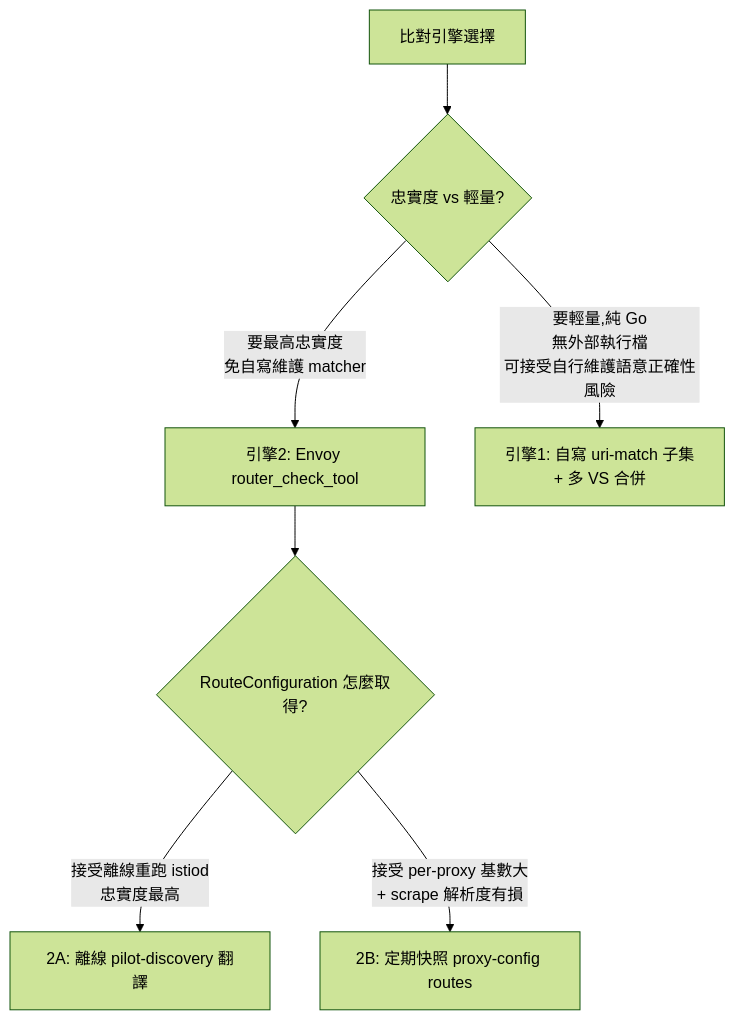
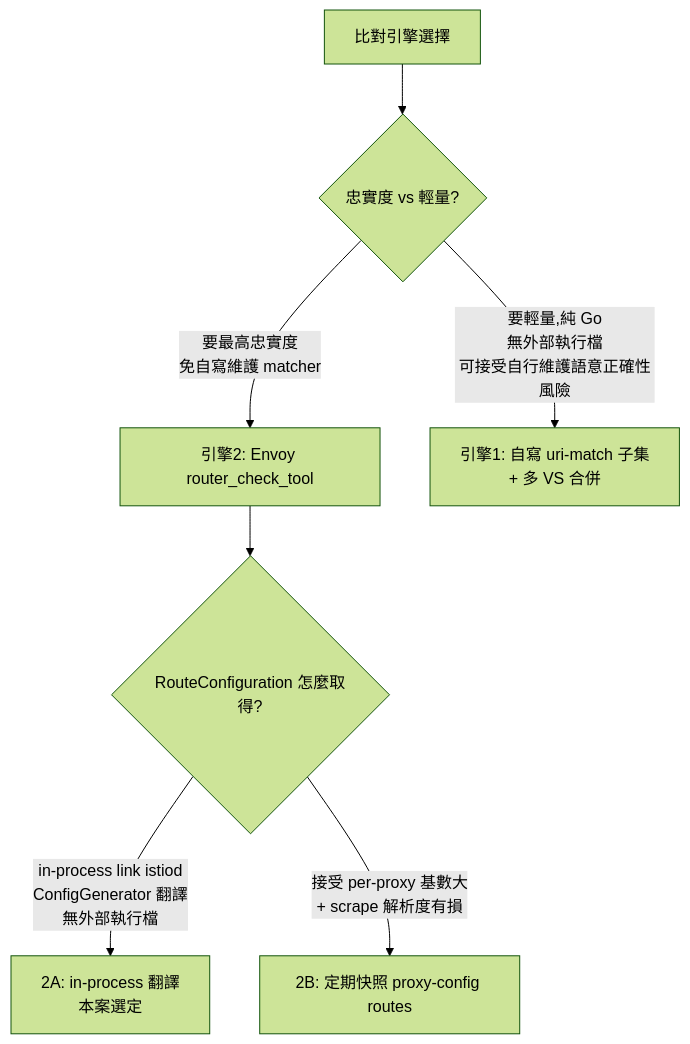
The third of 5 diagrams in docs/istio-virtualservice-routing-history-design.md (jcswiftie13/custom-k8s-resource-metadata-watcher), drawn with Mermaid (forest theme) before and after one commit. The commit also changed other lines of this file and 22 other files, not shown here.

````diff
--- a/docs/istio-virtualservice-routing-history-design.md
+++ b/docs/istio-virtualservice-routing-history-design.md
@@ -67,9 +67,9 @@
 ```mermaid
 graph TD
     A[比對引擎選擇] --> B{忠實度 vs 輕量?}
     B -->|要最高忠實度<br/>免自寫維護 matcher| C[引擎2: Envoy router_check_tool]
     C --> D{RouteConfiguration 怎麼取得?}
-    D -->|接受離線重跑 istiod<br/>忠實度最高| E[2A: 離線 pilot-discovery 翻譯]
+    D -->|in-process link istiod<br/>ConfigGenerator 翻譯<br/>無外部執行檔| E[2A: in-process 翻譯<br/>本案選定]
     D -->|接受 per-proxy 基數大<br/>+ scrape 解析度有損| F[2B: 定期快照 proxy-config routes]
     B -->|要輕量,純 Go<br/>無外部執行檔<br/>可接受自行維護語意正確性風險| G[引擎1: 自寫 uri-match 子集<br/>+ 多 VS 合併]
 ```
````
